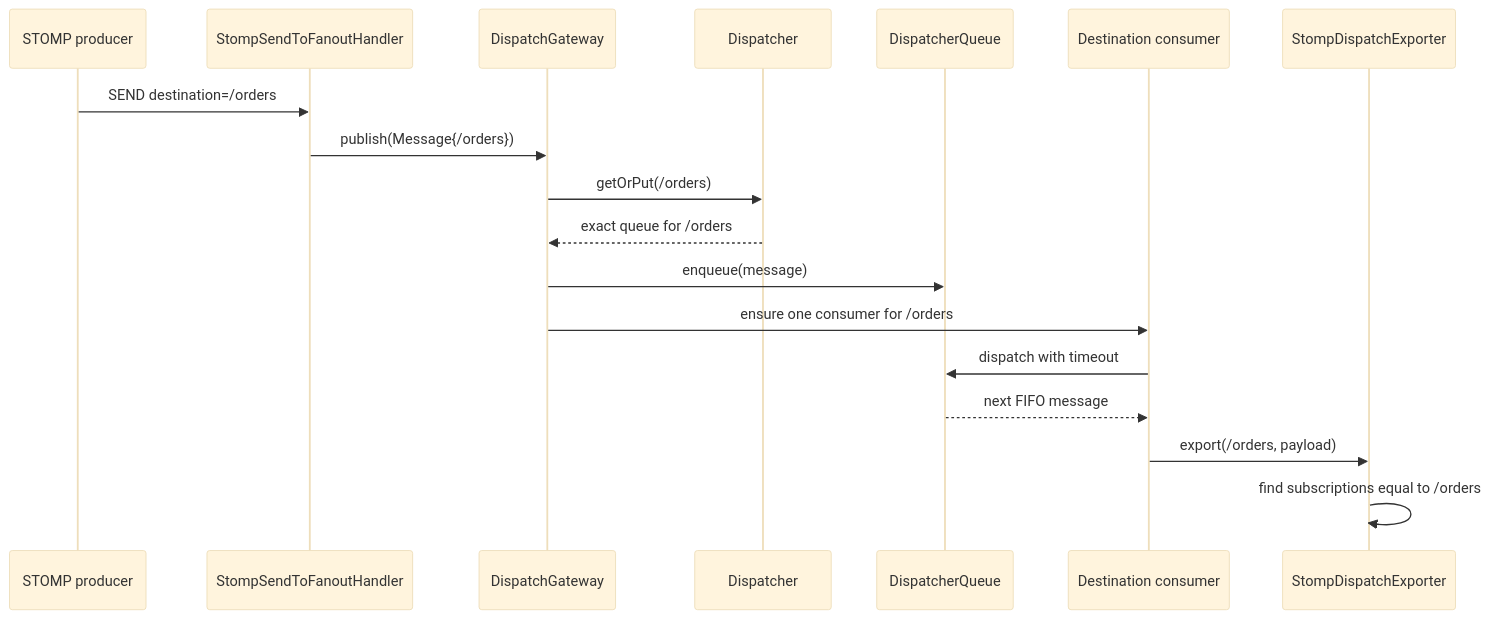
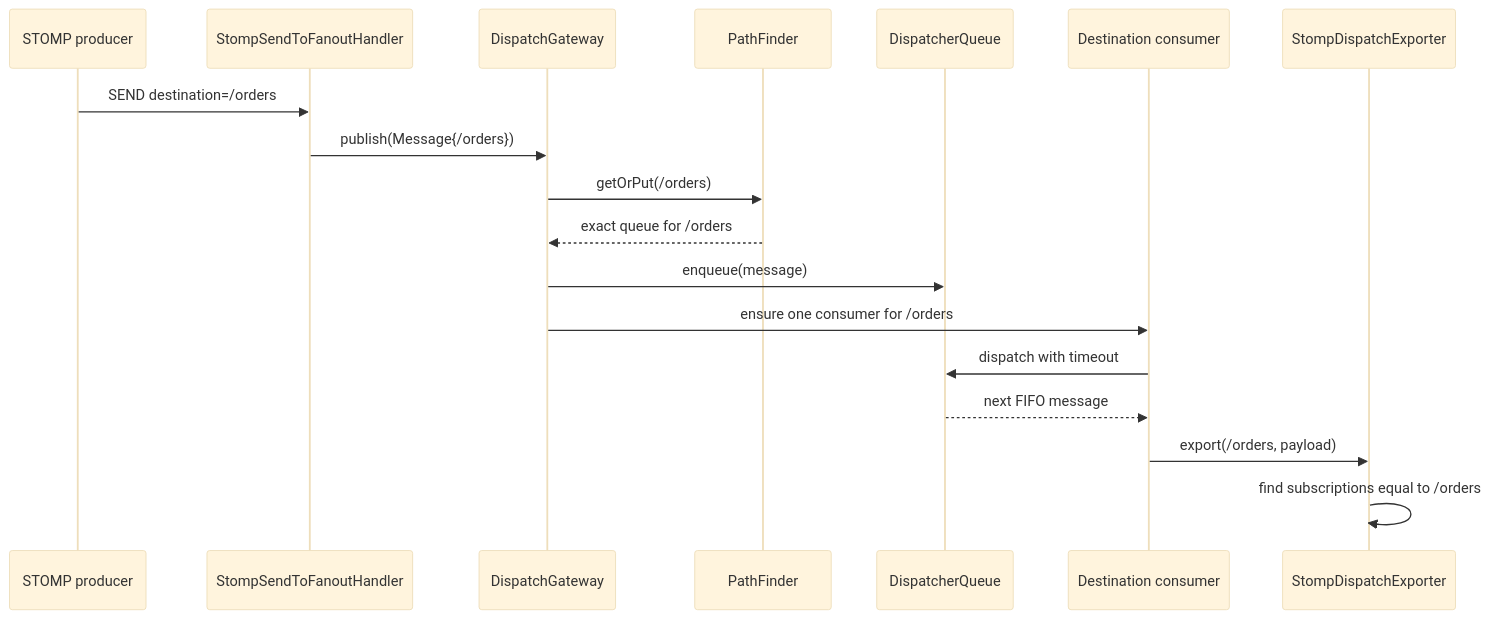
Before and after one commit to traffic-hunter/titan: the diagram in docs/concepts/destinations.md, drawn with Mermaid (base theme). The commit also changed other lines of this file and 31 other files, not shown here.

Commit message:
Rename Dispatcher to PathFinder

````diff
--- a/docs/concepts/destinations.md
+++ b/docs/concepts/destinations.md
@@ -23,21 +23,21 @@
 ```mermaid
 sequenceDiagram
     participant P as STOMP producer
     participant H as StompSendToFanoutHandler
     participant G as DispatchGateway
-    participant D as Dispatcher
+    participant D as PathFinder
     participant Q as DispatcherQueue
     participant C as Destination consumer
     participant E as StompDispatchExporter
 
     P->>H: SEND destination=/orders
     H->>G: publish(Message{/orders})
     G->>D: getOrPut(/orders)
     D-->>G: exact queue for /orders
     G->>Q: enqueue(message)
     G->>C: ensure one consumer for /orders
     C->>Q: dispatch with timeout
     Q-->>C: next FIFO message
     C->>E: export(/orders, payload)
     E->>E: find subscriptions equal to /orders
 ```
````
